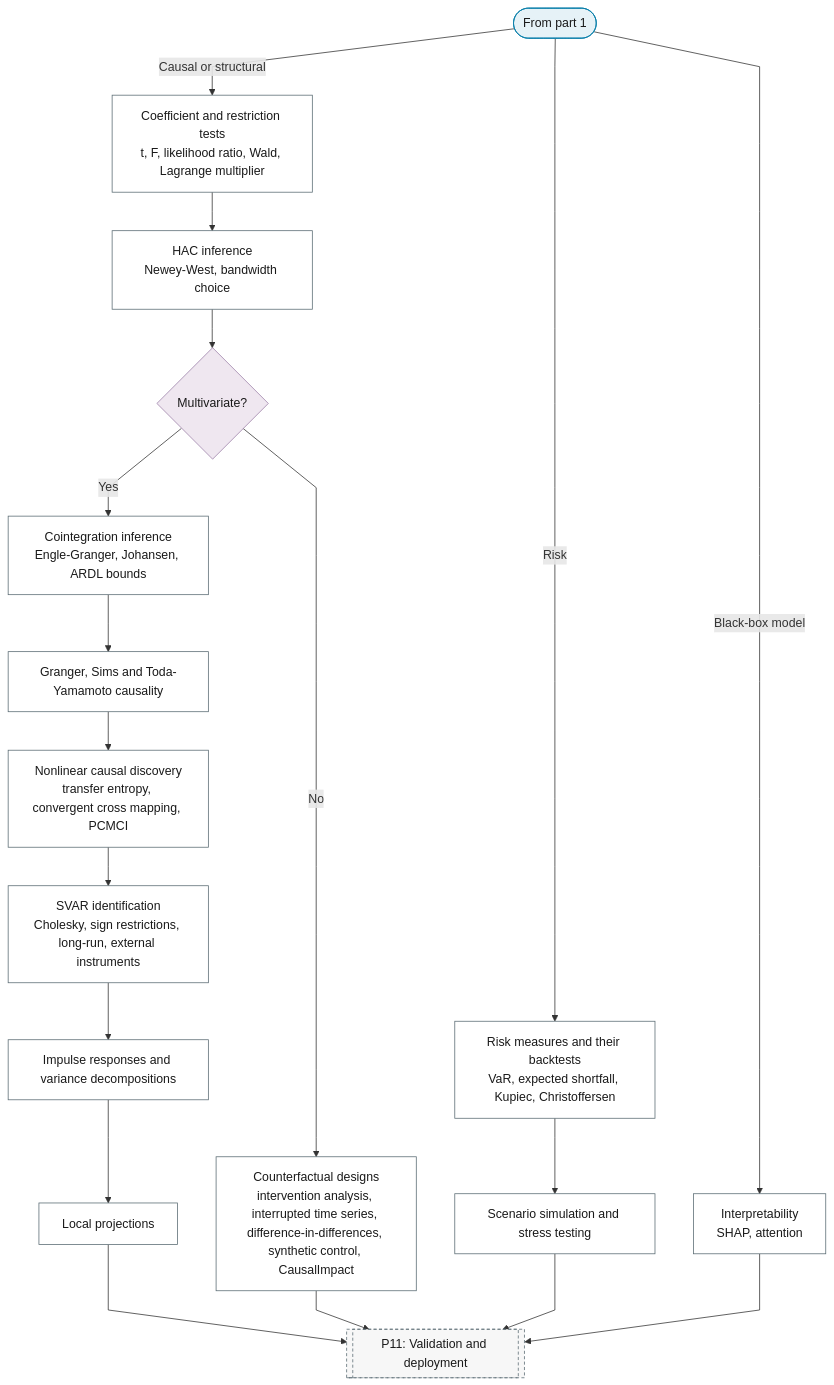
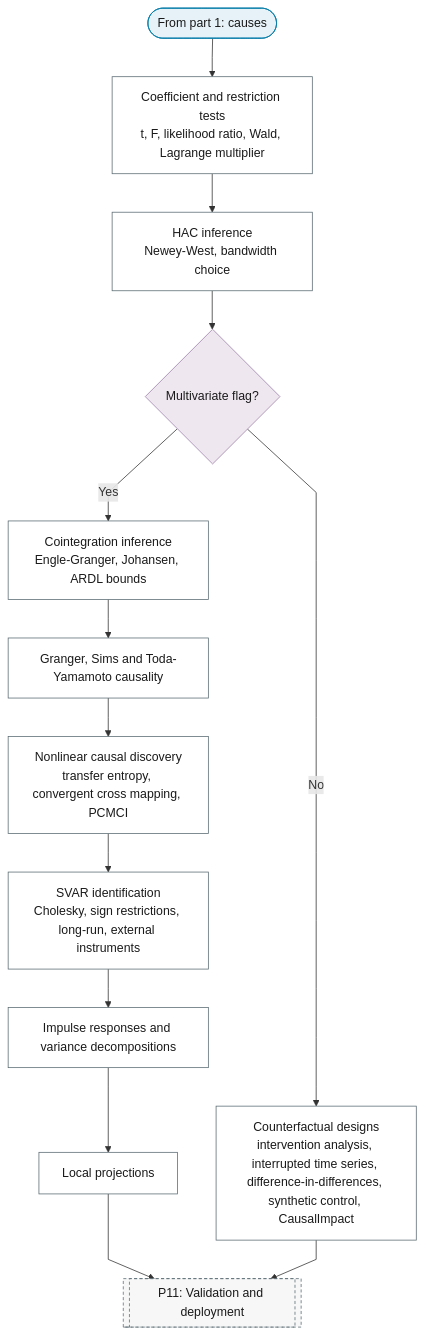
Before and after one commit to Shuxin-Y/time-series-analysis-manual: the second of 4 diagrams in docs/01-workflow/p10-inference.md, drawn with Mermaid. The commit also changed other lines of this file and 9 other files, not shown here.

First line of the commit message:
fix(flowchart): decision logic is total and flags are a real contract

````diff
--- a/docs/01-workflow/p10-inference.md
+++ b/docs/01-workflow/p10-inference.md
@@ -49,31 +56,27 @@
 ```mermaid
 %%{init: {"flowchart": {"curve": "linear"}}}%%
 graph TD
-    P10_FROM_PART_1(["From part 1"]) -->|"Causal or structural"| P10_COEFFICIENT_TESTS["Coefficient and restriction tests<br/>t, F, likelihood ratio, Wald, Lagrange multiplier"]
-    P10_FROM_PART_1 -->|"Risk"| P10_RISK_MEASURES["Risk measures and their backtests<br/>VaR, expected shortfall, Kupiec, Christoffersen"]
-    P10_FROM_PART_1 -->|"Black-box model"| P10_INTERPRETABILITY["Interpretability<br/>SHAP, attention"]
+    P10_PART_2_IN(["From part 1: causes"]) --> P10_COEFFICIENT_TESTS["Coefficient and restriction tests<br/>t, F, likelihood ratio, Wald, Lagrange multiplier"]
     P10_COEFFICIENT_TESTS --> P10_HAC["HAC inference<br/>Newey-West, bandwidth choice"]
-    P10_HAC --> P10_SYSTEM{"Multivariate?"}
+    P10_HAC --> P10_SYSTEM{"Multivariate flag?"}
     P10_SYSTEM -->|"Yes"| P10_COINTEGRATION["Cointegration inference<br/>Engle-Granger, Johansen, ARDL bounds"]
     P10_SYSTEM -->|"No"| P10_COUNTERFACTUALS["Counterfactual designs<br/>intervention analysis, interrupted time series, difference-in-differences, synthetic control, CausalImpact"]
     P10_COINTEGRATION --> P10_GRANGER["Granger, Sims and Toda-Yamamoto causality"]
     P10_GRANGER --> P10_NONLINEAR_CAUSALITY["Nonlinear causal discovery<br/>transfer entropy, convergent cross mapping, PCMCI"]
     P10_NONLINEAR_CAUSALITY --> P10_SVAR_IDENTIFICATION["SVAR identification<br/>Cholesky, sign restrictions, long-run, external instruments"]
     P10_SVAR_IDENTIFICATION --> P10_IRF_FEVD["Impulse responses and variance decompositions"]
     P10_IRF_FEVD --> P10_LOCAL_PROJECTIONS["Local projections"]
-    P10_RISK_MEASURES --> P10_SCENARIOS["Scenario simulation and stress testing"]
-    P10_LOCAL_PROJECTIONS & P10_COUNTERFACTUALS & P10_SCENARIOS & P10_INTERPRETABILITY --> P11[["P11: Validation and deployment"]]
-    class P10_FROM_PART_1 terminator
+    P10_LOCAL_PROJECTIONS & P10_COUNTERFACTUALS --> P11[["P11: Validation and deployment"]]
+    class P10_PART_2_IN terminator
     class P10_SYSTEM decision
-    class P10_COEFFICIENT_TESTS,P10_HAC,P10_COINTEGRATION,P10_GRANGER,P10_NONLINEAR_CAUSALITY,P10_SVAR_IDENTIFICATION,P10_IRF_FEVD,P10_LOCAL_PROJECTIONS,P10_COUNTERFACTUALS process
-    class P10_RISK_MEASURES,P10_SCENARIOS,P10_INTERPRETABILITY process
+    class P10_COEFFICIENT_TESTS,P10_HAC,P10_COINTEGRATION,P10_COUNTERFACTUALS,P10_GRANGER,P10_NONLINEAR_CAUSALITY,P10_SVAR_IDENTIFICATION,P10_IRF_FEVD,P10_LOCAL_PROJECTIONS process
     class P11 ref
     classDef terminator fill:#E6F2F7,stroke:#007BA7,color:#1A1A1A;
     classDef process fill:#FFFFFF,stroke:#5A6B73,color:#1A1A1A;
     classDef decision fill:#EFE7F0,stroke:#9B7FA7,color:#1A1A1A;
     classDef data fill:#FFF4E0,stroke:#C9A55E,color:#1A1A1A;
     classDef good fill:#DCEFD8,stroke:#4A7A3F,color:#1A1A1A;
     classDef escalate fill:#FFE9C2,stroke:#C9A55E,color:#1A1A1A;
     classDef problem fill:#F2D9DE,stroke:#800020,color:#1A1A1A;
     classDef ref fill:#F7F7F7,stroke:#5A6B73,color:#1A1A1A,stroke-dasharray:4 3;
 ```
````
